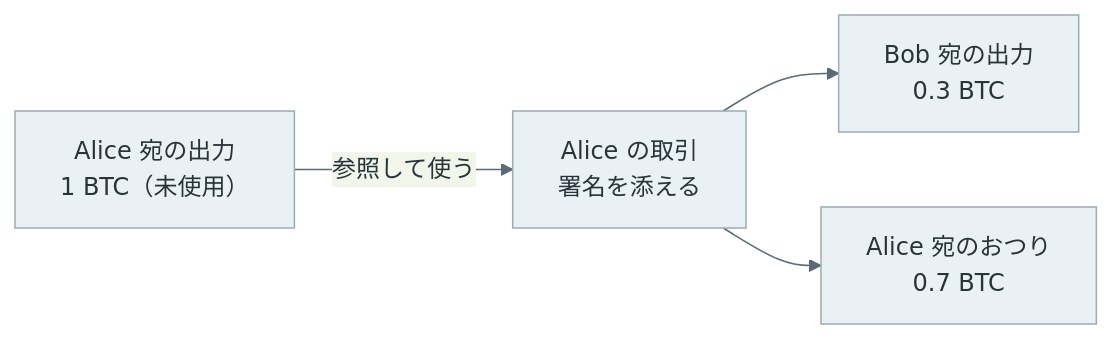
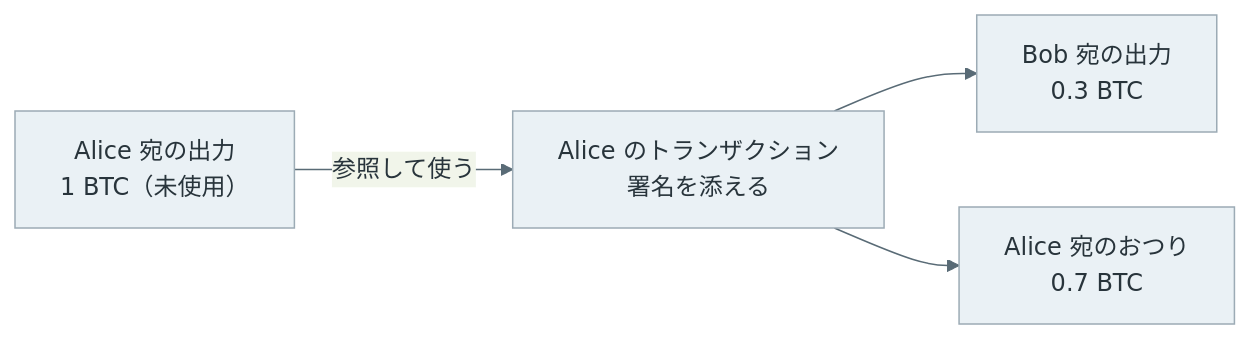
One commit to nao1215/debimate changed the third of 5 diagrams in content/notes/blockchain-systems/blockchain-basics/index.md. Above: the diagram before and after it, drawn with Mermaid. The commit also changed other lines of this file and 129 other files, not shown here.

````diff
--- a/content/notes/blockchain-systems/blockchain-basics/index.md
+++ b/content/notes/blockchain-systems/blockchain-basics/index.md
@@ -95,8 +95,8 @@
 ```mermaid
 %%{init: {"theme":"base","themeVariables":{"primaryColor":"#eaf1f5","primaryTextColor":"#28343b","primaryBorderColor":"#9cabb5","lineColor":"#596b76","textColor":"#28343b","actorBkg":"#eaf1f5","actorBorder":"#9cabb5","actorTextColor":"#28343b","actorLineColor":"#9cabb5","signalColor":"#596b76","signalTextColor":"#28343b","noteBkgColor":"#f7f1e5","noteBorderColor":"#c5b99b","noteTextColor":"#403c32","activationBkgColor":"#edf3ef","activationBorderColor":"#9aafa1"}}}%%
 flowchart LR
-    O["Alice 宛の出力<br/>1 BTC（未使用）"] -- 参照して使う --> T["Alice の取引<br/>署名を添える"]
+    O["Alice 宛の出力<br/>1 BTC（未使用）"] -- 参照して使う --> T["Alice のトランザクション<br/>署名を添える"]
     T --> B["Bob 宛の出力<br/>0.3 BTC"]
     T --> C["Alice 宛のおつり<br/>0.7 BTC"]
     classDef default fill:#eaf1f5,stroke:#9cabb5,color:#28343b;
 ```
````
